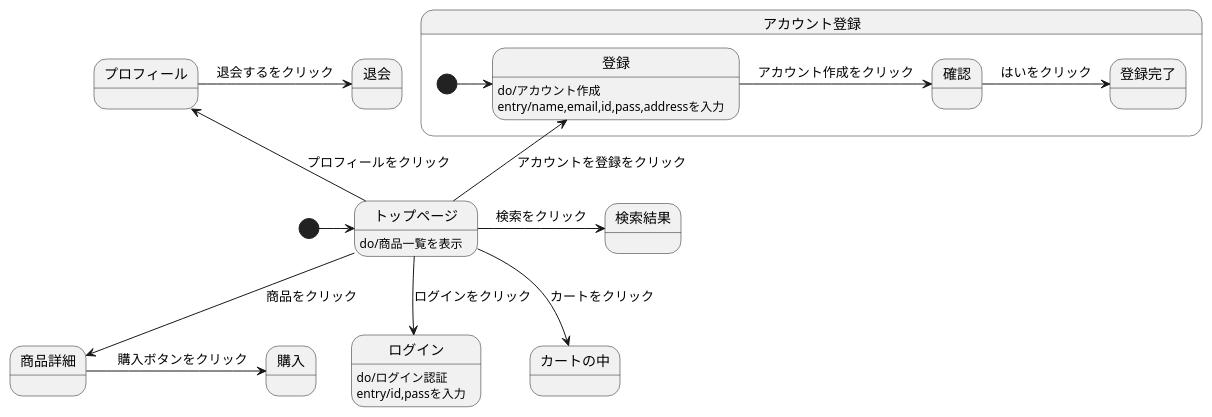
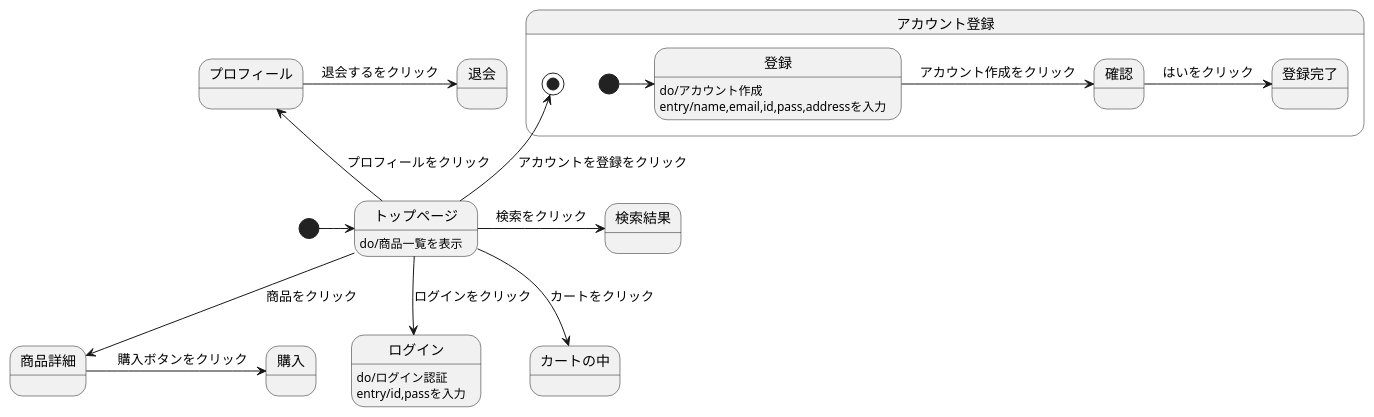
The diagram in stm01.md (Aso2001159/2021sys-design), drawn with PlantUML before and after one commit.

````diff
--- a/stm01.md
+++ b/stm01.md
@@ -1,25 +1,25 @@
 ```uml
 
 @startuml
 [*]->トップページ
 トップページ : do/商品一覧を表示
 トップページ-->商品詳細 : 商品をクリック
   商品詳細->購入 :　購入ボタンをクリック
 トップページ-down->ログイン :ログインをクリック
   ログイン : do/ログイン認証
   ログイン : entry/id,passを入力
 トップページ-->カートの中 :カートをクリック
 state アカウント登録{
 [*]-> 登録 
-  トップページ-up-> 登録 :アカウントを登録をクリック
+  トップページ-up-> [*] :アカウントを登録をクリック
   登録 : do/アカウント作成
   登録 : entry/name,email,id,pass,addressを入力
   登録 ->確認: アカウント作成をクリック
   確認 -> 登録完了: はいをクリック
   }
 トップページ->検索結果 :検索をクリック
 トップページ-up->プロフィール :プロフィールをクリック
   プロフィール->退会 :退会するをクリック
 @enduml
 
 ```
````
